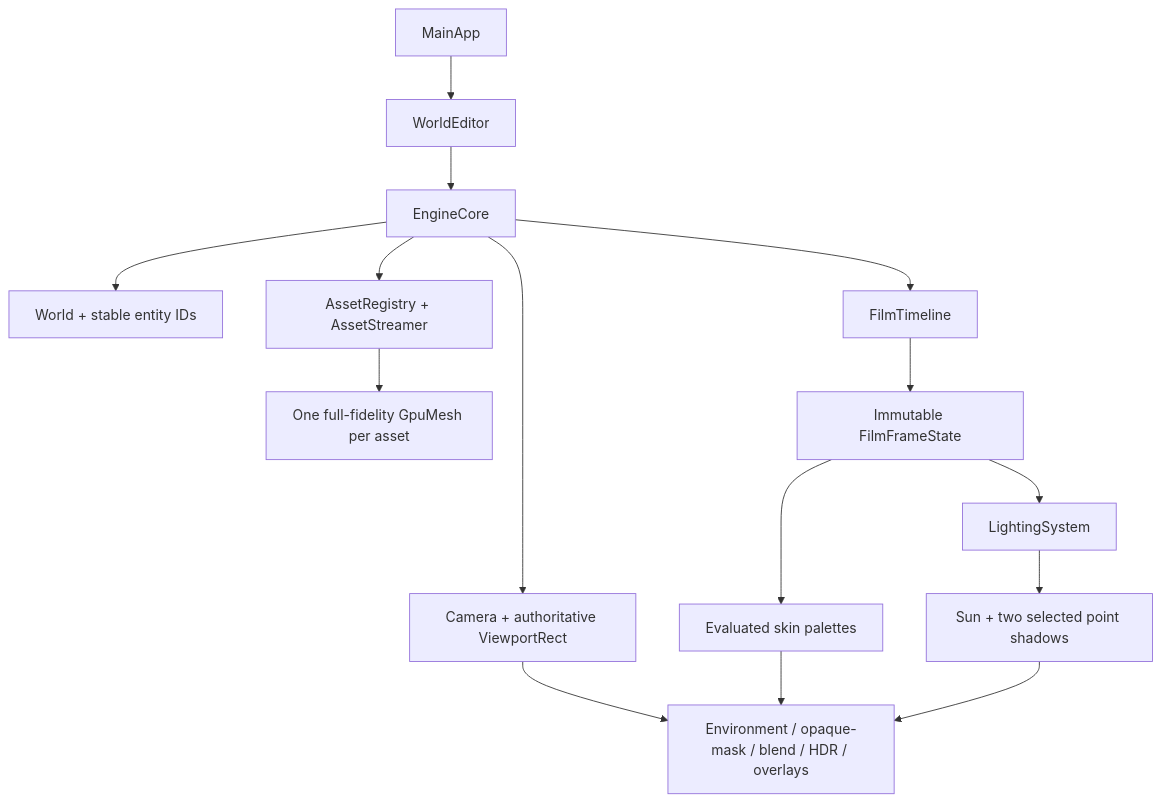
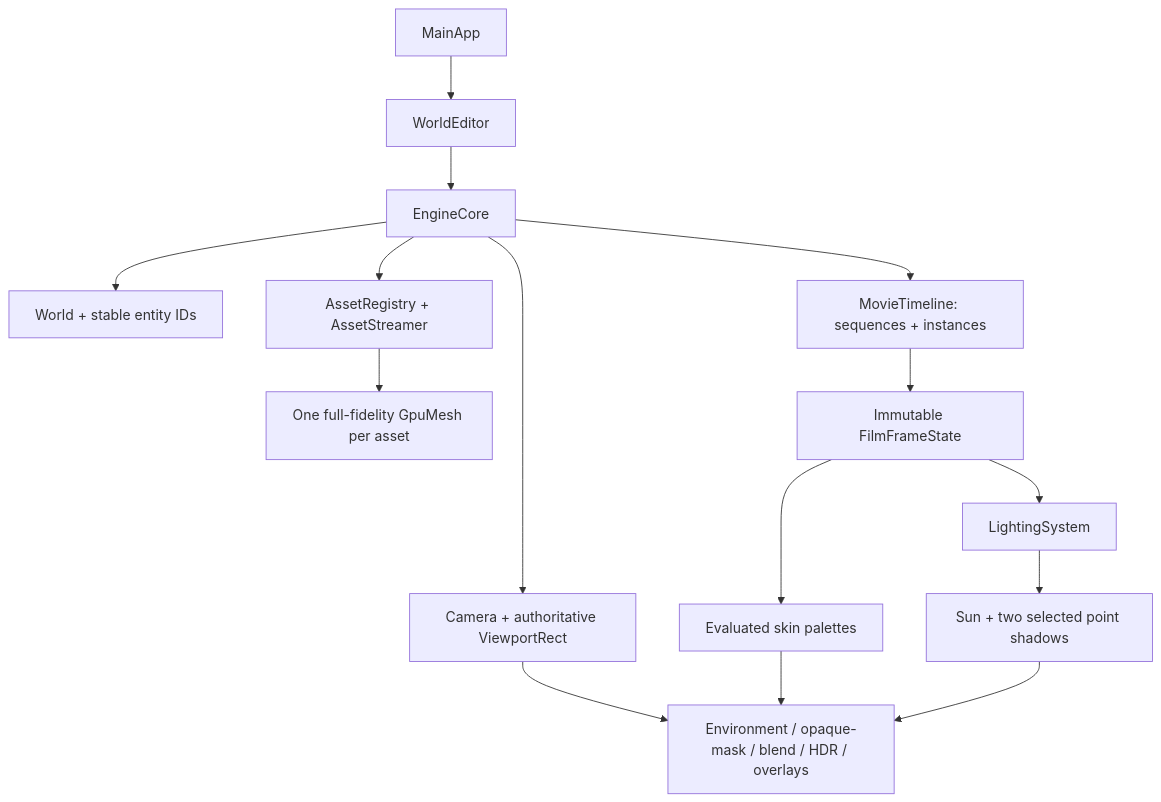
Before and after one commit to GitJestry/Kage-no-Kata-Shortanimation: the diagram in docs/ARCHITECTURE.md, drawn with Mermaid. The commit also changed other lines of this file and 68 other files, not shown here.

````diff
--- a/docs/ARCHITECTURE.md
+++ b/docs/ARCHITECTURE.md
@@ -6,14 +6,14 @@
 ```mermaid
 flowchart TD
   App["MainApp"] --> Editor["WorldEditor"] --> Engine["EngineCore"]
   Engine --> World["World + stable entity IDs"]
   Engine --> Assets["AssetRegistry + AssetStreamer"]
   Assets --> GPU["One full-fidelity GpuMesh per asset"]
-  Engine --> Timeline["FilmTimeline"] --> Frame["Immutable FilmFrameState"]
+  Engine --> Timeline["MovieTimeline: sequences + instances"] --> Frame["Immutable FilmFrameState"]
   Frame --> Animation["Evaluated skin palettes"]
   Frame --> Lighting["LightingSystem"]
   Engine --> View["Camera + authoritative ViewportRect"]
   View --> Renderer["Environment / opaque-mask / blend / HDR / overlays"]
   Animation --> Renderer
   Lighting --> Shadows["Sun + two selected point shadows"] --> Renderer
 ```
````
